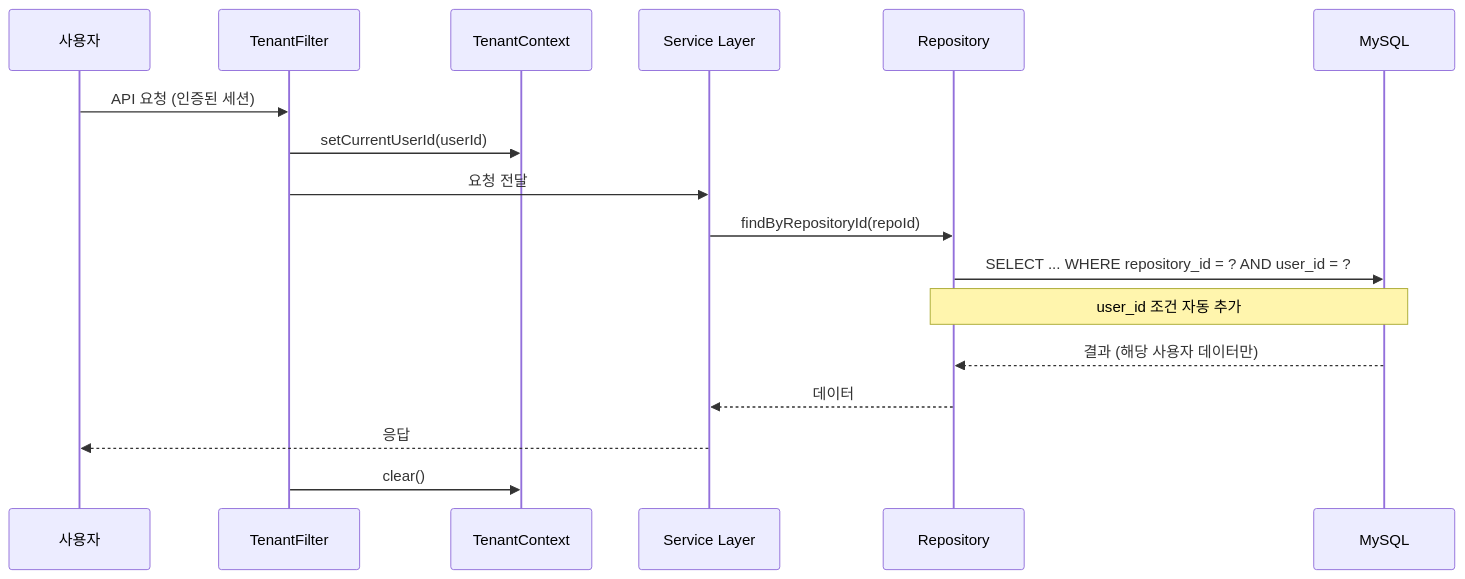
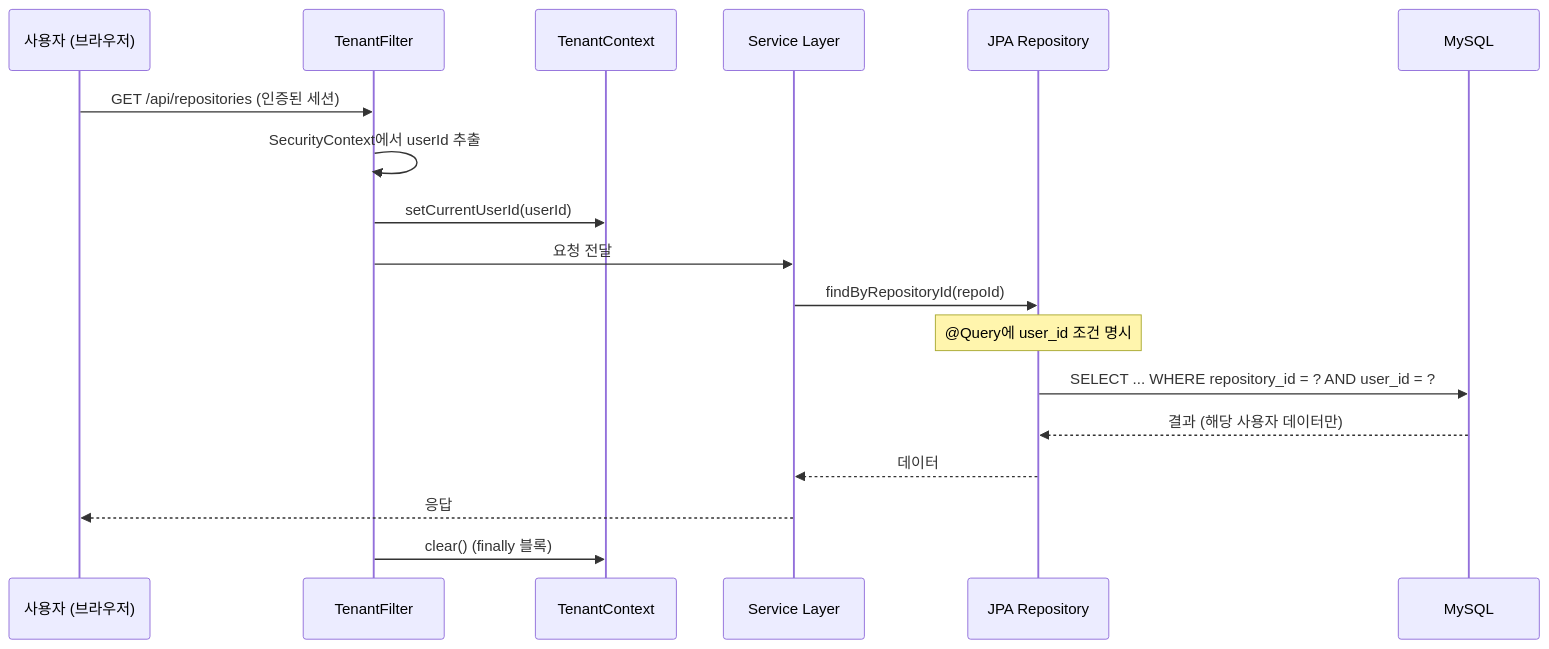
Before and after one commit to greensnapback0229/review-mate: the first of 2 diagrams in .claude/docs/domains/saas/features/tenant-isolation/SPEC.md, drawn with Mermaid. The commit also changed other lines of this file and 6 other files, not shown here.

````diff
--- a/.claude/docs/domains/saas/features/tenant-isolation/SPEC.md
+++ b/.claude/docs/domains/saas/features/tenant-isolation/SPEC.md
@@ -17,20 +10,21 @@
 ```mermaid
 sequenceDiagram
-    participant User as 사용자
+    participant User as 사용자 (브라우저)
     participant Filter as TenantFilter
     participant TC as TenantContext
     participant Svc as Service Layer
-    participant Repo as Repository
+    participant Repo as JPA Repository
     participant DB as MySQL
 
-    User->>Filter: API 요청 (인증된 세션)
+    User->>Filter: GET /api/repositories (인증된 세션)
+    Filter->>Filter: SecurityContext에서 userId 추출
     Filter->>TC: setCurrentUserId(userId)
     Filter->>Svc: 요청 전달
     Svc->>Repo: findByRepositoryId(repoId)
+    Note over Repo: @Query에 user_id 조건 명시
     Repo->>DB: SELECT ... WHERE repository_id = ? AND user_id = ?
-    Note over Repo,DB: user_id 조건 자동 추가
     DB-->>Repo: 결과 (해당 사용자 데이터만)
     Repo-->>Svc: 데이터
     Svc-->>User: 응답
-    Filter->>TC: clear()
+    Filter->>TC: clear() (finally 블록)
 ```
````
